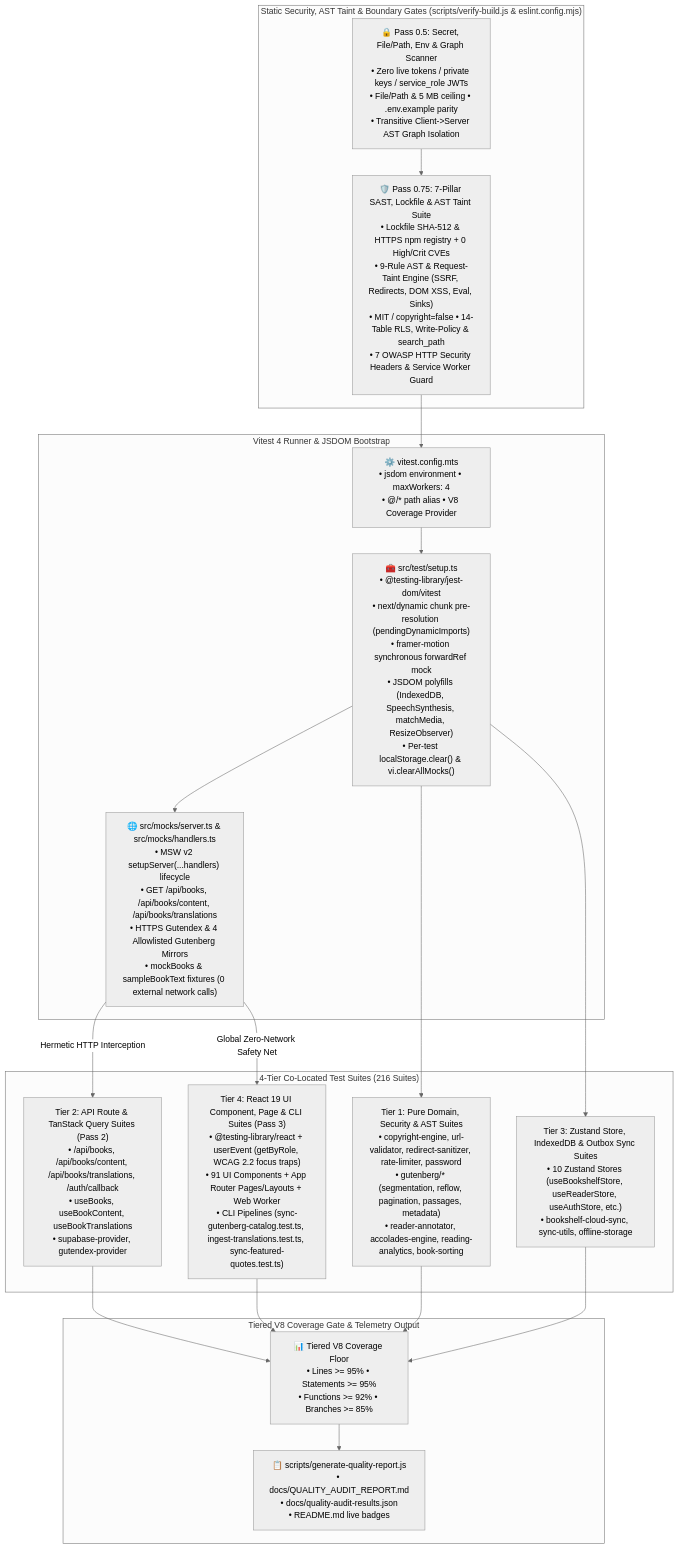
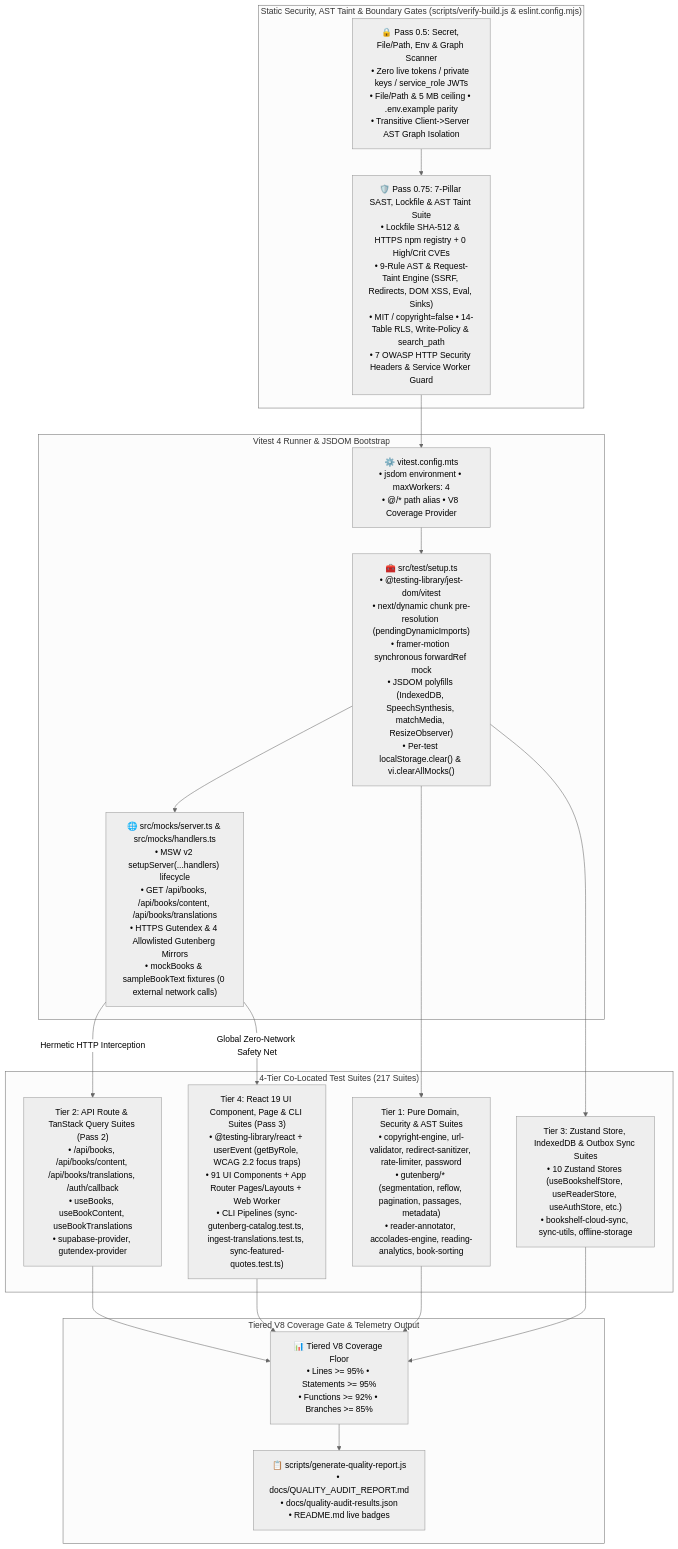
Before and after one commit to calin-m/Bookarium: the ninth of 12 diagrams in docs/ARCHITECTURE.md, drawn with Mermaid (neutral theme). The commit also changed other lines of this file and 38 other files, not shown here.

````diff
--- a/docs/ARCHITECTURE.md
+++ b/docs/ARCHITECTURE.md
@@ -1110,39 +1111,39 @@
 ```mermaid
 flowchart TD
     subgraph SecurityGates ["Static Security, AST Taint & Boundary Gates (scripts/verify-build.js & eslint.config.mjs)"]
         Pass05["🔒 Pass 0.5: Secret, File/Path, Env & Graph Scanner\n• Zero live tokens / private keys / service_role JWTs\n• File/Path & 5 MB ceiling • .env.example parity\n• Transitive Client->Server AST Graph Isolation"]
         Pass075["🛡️ Pass 0.75: 7-Pillar SAST, Lockfile & AST Taint Suite\n• Lockfile SHA-512 & HTTPS npm registry + 0 High/Crit CVEs\n• 9-Rule AST & Request-Taint Engine (SSRF, Redirects, DOM XSS, Eval, Sinks)\n• MIT / copyright=false • 14-Table RLS, Write-Policy & search_path\n• 7 OWASP HTTP Security Headers & Service Worker Guard"]
     end
 
     subgraph TestRunner ["Vitest 4 Runner & JSDOM Bootstrap"]
         VitestCfg["⚙️ vitest.config.mts\n• jsdom environment • maxWorkers: 4\n• @/* path alias • V8 Coverage Provider"]
         TestSetup["🧰 src/test/setup.ts\n• @testing-library/jest-dom/vitest\n• next/dynamic chunk pre-resolution (pendingDynamicImports)\n• framer-motion synchronous forwardRef mock\n• JSDOM polyfills (IndexedDB, SpeechSynthesis, matchMedia, ResizeObserver)\n• Per-test localStorage.clear() & vi.clearAllMocks()"]
         MSWServer["🌐 src/mocks/server.ts & src/mocks/handlers.ts\n• MSW v2 setupServer(...handlers) lifecycle\n• GET /api/books, /api/books/content, /api/books/translations\n• HTTPS Gutendex & 4 Allowlisted Gutenberg Mirrors\n• mockBooks & sampleBookText fixtures (0 external network calls)"]
     end
 
-    subgraph TestTiers ["4-Tier Co-Located Test Suites (216 Suites)"]
+    subgraph TestTiers ["4-Tier Co-Located Test Suites (217 Suites)"]
         Tier1["Tier 1: Pure Domain, Security & AST Suites\n• copyright-engine, url-validator, redirect-sanitizer, rate-limiter, password\n• gutenberg/* (segmentation, reflow, pagination, passages, metadata)\n• reader-annotator, accolades-engine, reading-analytics, book-sorting"]
         Tier2["Tier 2: API Route & TanStack Query Suites (Pass 2)\n• /api/books, /api/books/content, /api/books/translations, /auth/callback\n• useBooks, useBookContent, useBookTranslations\n• supabase-provider, gutendex-provider"]
         Tier3["Tier 3: Zustand Store, IndexedDB & Outbox Sync Suites\n• 10 Zustand Stores (useBookshelfStore, useReaderStore, useAuthStore, etc.)\n• bookshelf-cloud-sync, sync-utils, offline-storage"]
         Tier4["Tier 4: React 19 UI Component, Page & CLI Suites (Pass 3)\n• @testing-library/react + userEvent (getByRole, WCAG 2.2 focus traps)\n• 91 UI Components + App Router Pages/Layouts + Web Worker\n• CLI Pipelines (sync-gutenberg-catalog.test.ts, ingest-translations.test.ts, sync-featured-quotes.test.ts)"]
     end
 
     subgraph CoverageGate ["Tiered V8 Coverage Gate & Telemetry Output"]
         V8Thresholds["📊 Tiered V8 Coverage Floor\n• Lines >= 95% • Statements >= 95%\n• Functions >= 92% • Branches >= 85%"]
         QualityReport["📋 scripts/generate-quality-report.js\n• docs/QUALITY_AUDIT_REPORT.md\n• docs/quality-audit-results.json\n• README.md live badges"]
     end
 
     Pass05 --> Pass075
     Pass075 --> VitestCfg
     VitestCfg --> TestSetup
     TestSetup --> MSWServer
     TestSetup --> Tier1
     MSWServer -->|"Hermetic HTTP Interception"| Tier2
     TestSetup --> Tier3
     MSWServer -->|"Global Zero-Network Safety Net"| Tier4
     Tier1 --> V8Thresholds
     Tier2 --> V8Thresholds
     Tier3 --> V8Thresholds
     Tier4 --> V8Thresholds
     V8Thresholds --> QualityReport
 ```
````
